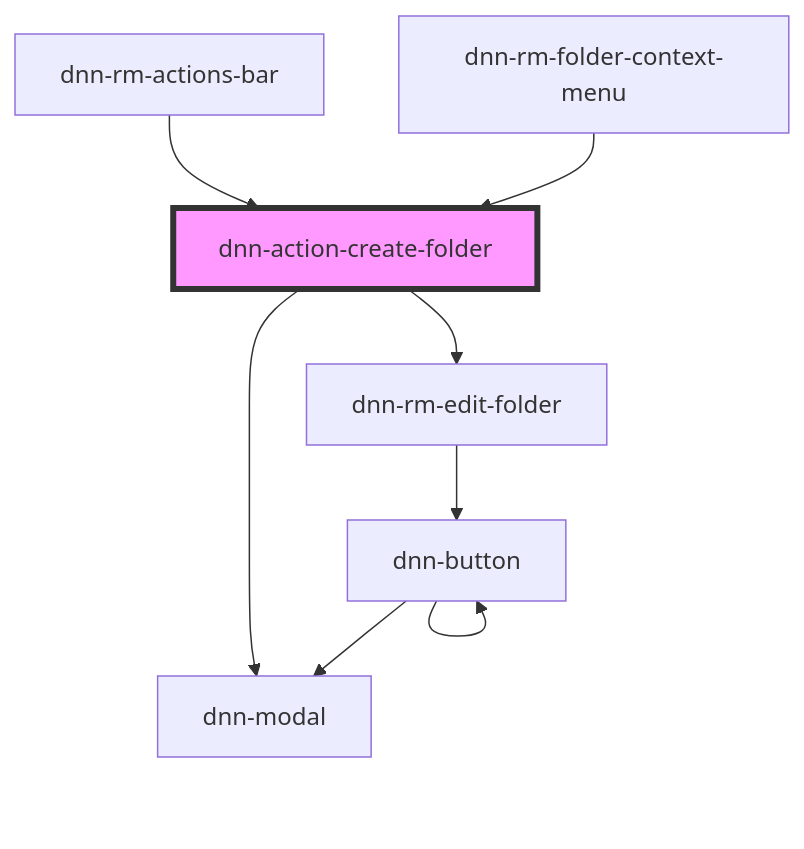
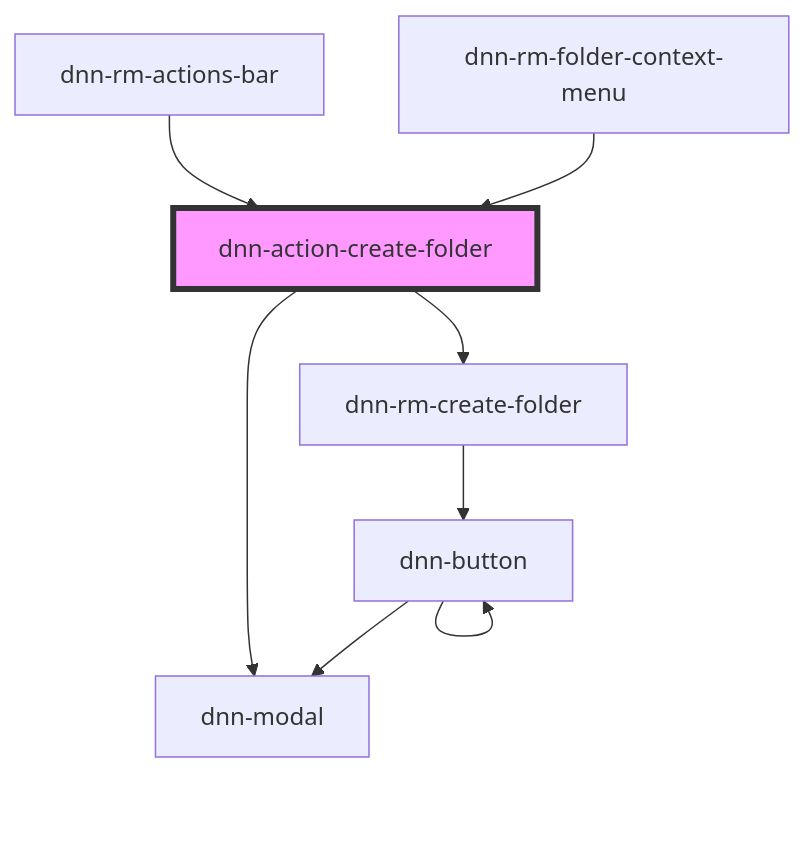
One commit to dnnsoftware/Dnn.Platform changed the diagram in DNN Platform/Modules/ResourceManager/ResourceManager.Web/src/components/actions/dnn-action-create-folder/readme.md. Above: the diagram before and after it, drawn with Mermaid. The commit also changed other lines of this file and 29 other files, not shown here.

````diff
--- a/DNN Platform/Modules/ResourceManager/ResourceManager.Web/src/components/actions/dnn-action-create-folder/readme.md
+++ b/DNN Platform/Modules/ResourceManager/ResourceManager.Web/src/components/actions/dnn-action-create-folder/readme.md
@@ -28,11 +28,11 @@
 ```mermaid
 graph TD;
   dnn-action-create-folder --> dnn-modal
-  dnn-action-create-folder --> dnn-rm-edit-folder
-  dnn-rm-edit-folder --> dnn-button
+  dnn-action-create-folder --> dnn-rm-create-folder
+  dnn-rm-create-folder --> dnn-button
   dnn-button --> dnn-modal
   dnn-button --> dnn-button
   dnn-rm-actions-bar --> dnn-action-create-folder
   dnn-rm-folder-context-menu --> dnn-action-create-folder
   style dnn-action-create-folder fill:#f9f,stroke:#333,stroke-width:4px
 ```
````
